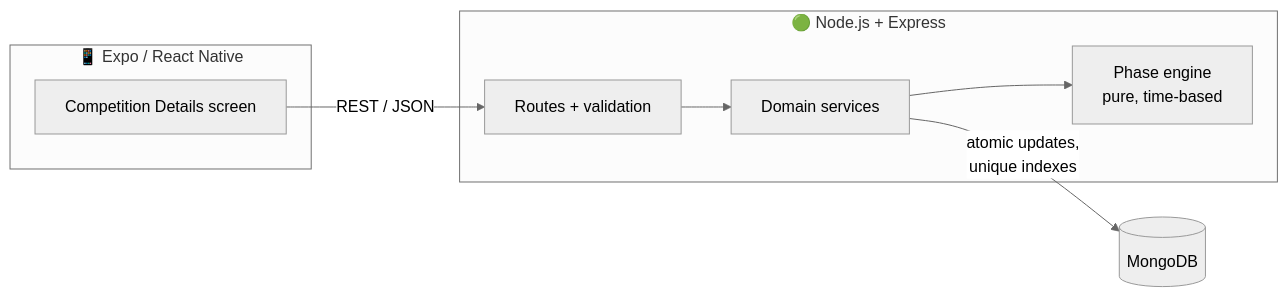
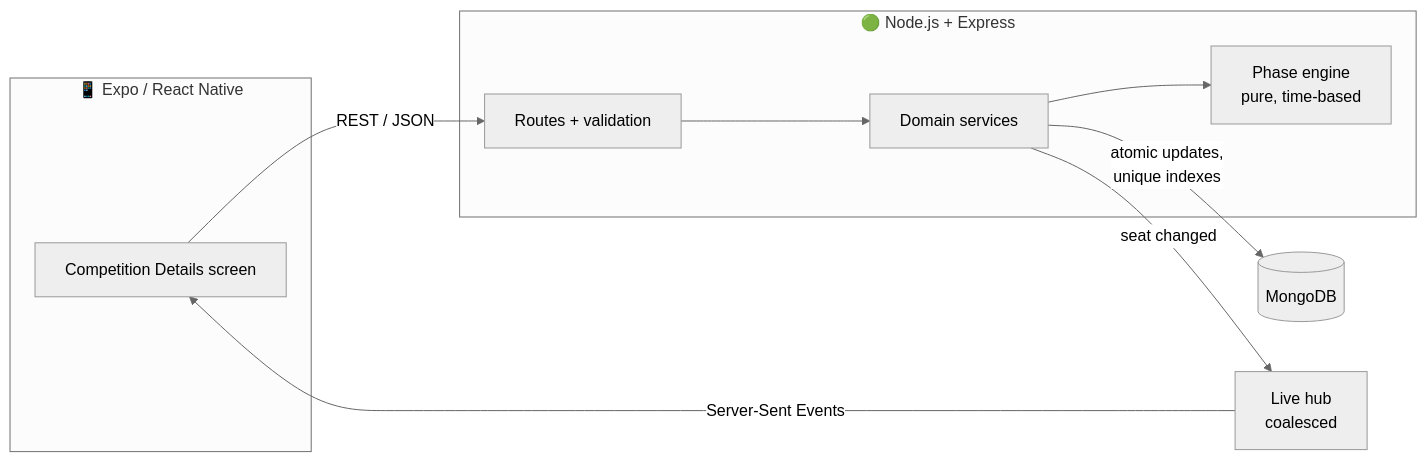
One commit to suyash503/feedants-competition-platform changed the first of 4 diagrams in README.md. Above: the diagram before and after it, drawn with Mermaid (neutral theme). The commit also changed other lines of this file, not shown here.

````diff
--- a/README.md
+++ b/README.md
@@ -34,13 +56,15 @@
 ```mermaid
 flowchart LR
   subgraph Client["📱 Expo / React Native"]
     UI[Competition Details screen]
   end
   subgraph API["🟢 Node.js + Express"]
     R[Routes + validation] --> S[Domain services]
     S --> P[Phase engine<br/>pure, time-based]
   end
   DB[(MongoDB)]
   UI -- REST / JSON --> R
   S -- atomic updates,<br/>unique indexes --> DB
+  S -- seat changed --> H[Live hub<br/>coalesced]
+  H -- Server-Sent Events --> UI
 ```
````
